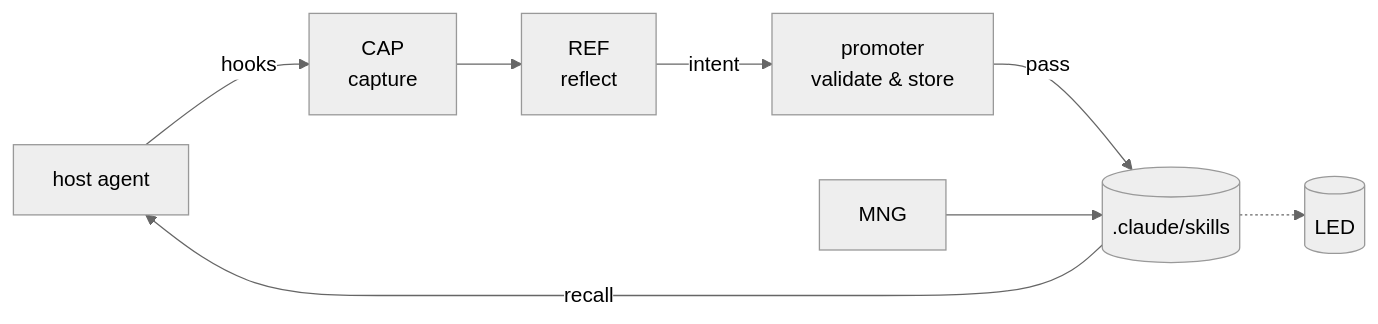
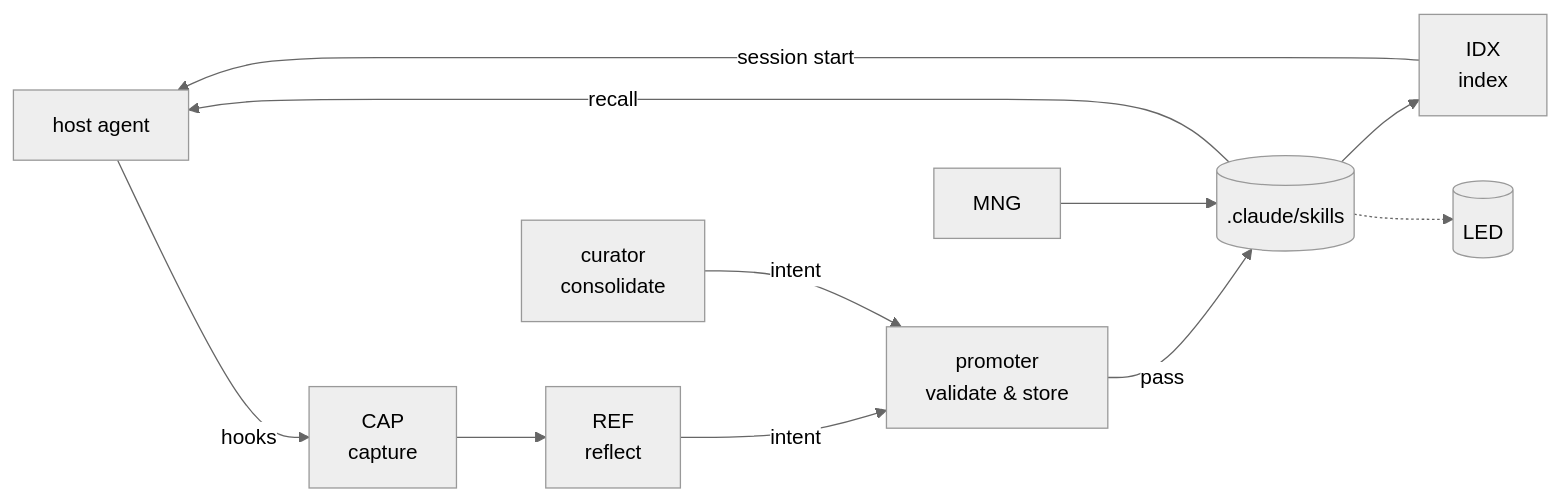
Before and after one commit to tigerless-labs/autoharness: the diagram in docs/assets/pipeline.mmd, drawn with Mermaid (neutral theme). The commit also changed 2 other files, not shown here.

```diff
--- a/docs/assets/pipeline.mmd
+++ b/docs/assets/pipeline.mmd
@@ -1,13 +1,17 @@
 flowchart LR
     host["host agent"]
     cap["CAP<br/>capture"]
     ref["REF<br/>reflect"]
+    cur["curator<br/>consolidate"]
     prom["promoter<br/>validate & store"]
     skills[(".claude/skills")]
+    idx["IDX<br/>index"]
     mng["MNG"]
     led[("LED")]
 
     host -->|hooks| cap --> ref -->|intent| prom -->|pass| skills
+    cur -->|intent| prom
     skills -->|recall| host
+    skills --> idx -->|session start| host
     mng --> skills
     skills -.-> led
```
